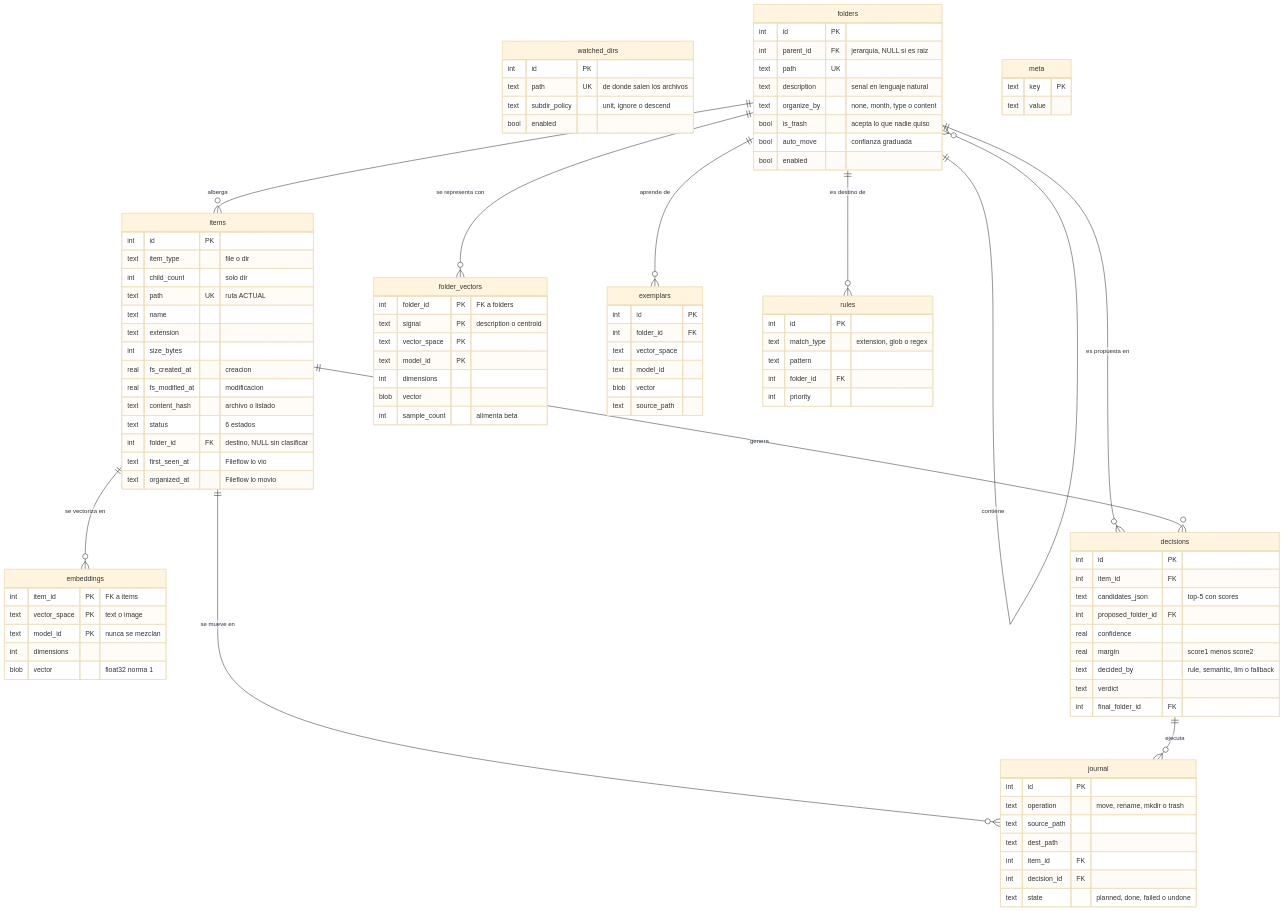
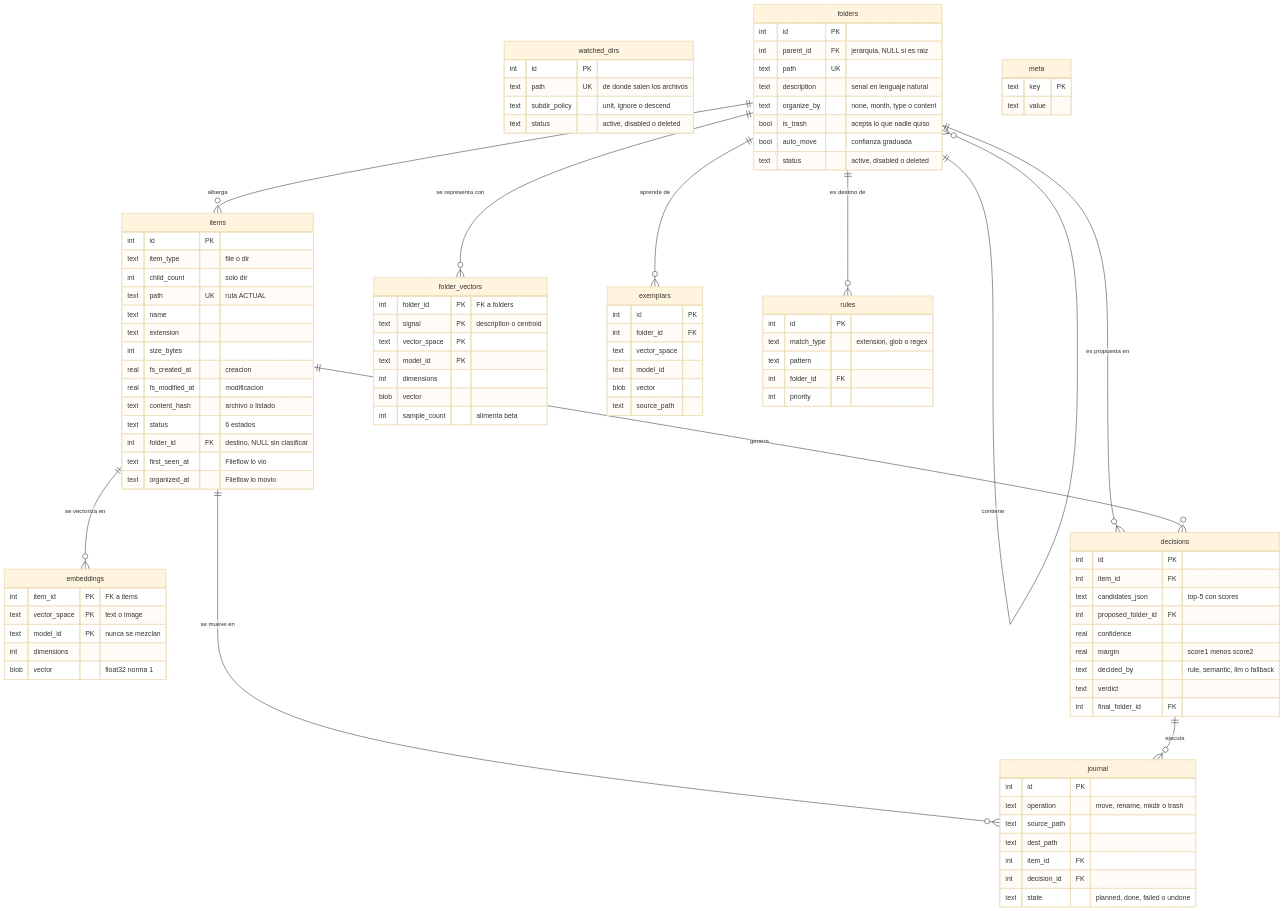
The diagram in docs/diagramas/esquema-relacional.md (JorgeGaviria/Fileflow), drawn with Mermaid (base theme) before and after one commit. The commit also changed other lines of this file and 3 other files, not shown here.

```diff
--- a/docs/diagramas/esquema-relacional.md
+++ b/docs/diagramas/esquema-relacional.md
@@ -13,7 +13,7 @@
         int id PK
         text path UK "de donde salen los archivos"
         text subdir_policy "unit, ignore o descend"
-        bool enabled
+        text status "active, disabled o deleted"
     }
 
     folders {
@@ -24,7 +24,7 @@
         text organize_by "none, month, type o content"
         bool is_trash "acepta lo que nadie quiso"
         bool auto_move "confianza graduada"
-        bool enabled
+        text status "active, disabled o deleted"
     }
 
     items {
```
